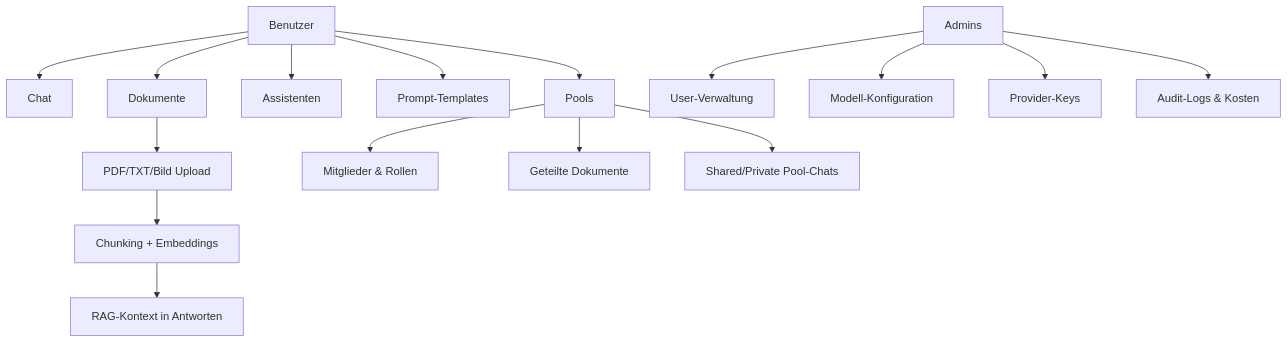
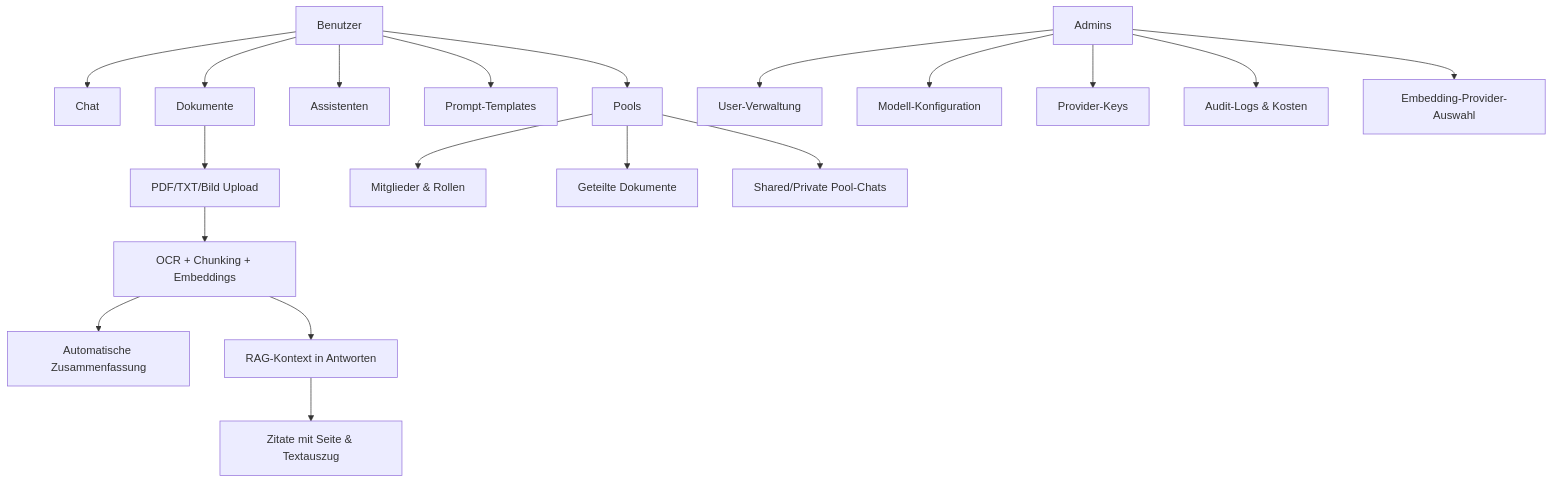
Before and after one commit to christian-rost/xqt5-ai-plattform: the first of 5 diagrams in docs/ANWENDER-DOKUMENT.md, drawn with Mermaid. The commit also changed other lines of this file and 1 other file, not shown here.

First line of the commit message:
Update user docs: Zitatmodus, Seitenzahlen, Embedding-Provider, Auto-Summary

````diff
--- a/docs/ANWENDER-DOKUMENT.md
+++ b/docs/ANWENDER-DOKUMENT.md
@@ -19,21 +19,24 @@
 ```mermaid
 graph TD
     A["Benutzer"] --> B["Chat"]
     A --> C["Dokumente"]
     A --> D["Assistenten"]
     A --> E["Prompt-Templates"]
     A --> F["Pools"]
 
     C --> C1["PDF/TXT/Bild Upload"]
-    C1 --> C2["Chunking + Embeddings"]
-    C2 --> C3["RAG-Kontext in Antworten"]
+    C1 --> C2["OCR + Chunking + Embeddings"]
+    C2 --> C3["Automatische Zusammenfassung"]
+    C2 --> C4["RAG-Kontext in Antworten"]
+    C4 --> C5["Zitate mit Seite & Textauszug"]
 
     F --> F1["Mitglieder & Rollen"]
     F --> F2["Geteilte Dokumente"]
     F --> F3["Shared/Private Pool-Chats"]
 
     G["Admins"] --> H["User-Verwaltung"]
     G --> I["Modell-Konfiguration"]
     G --> J["Provider-Keys"]
     G --> K["Audit-Logs & Kosten"]
+    G --> L["Embedding-Provider-Auswahl"]
 ```
````
